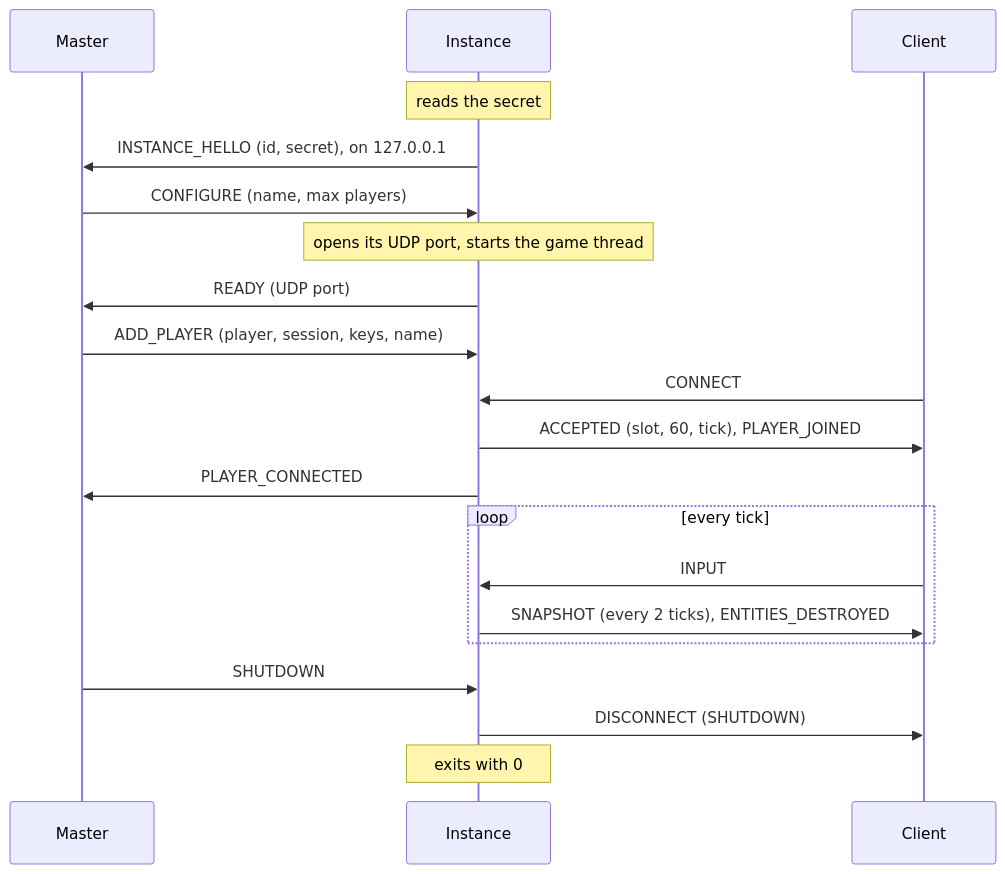
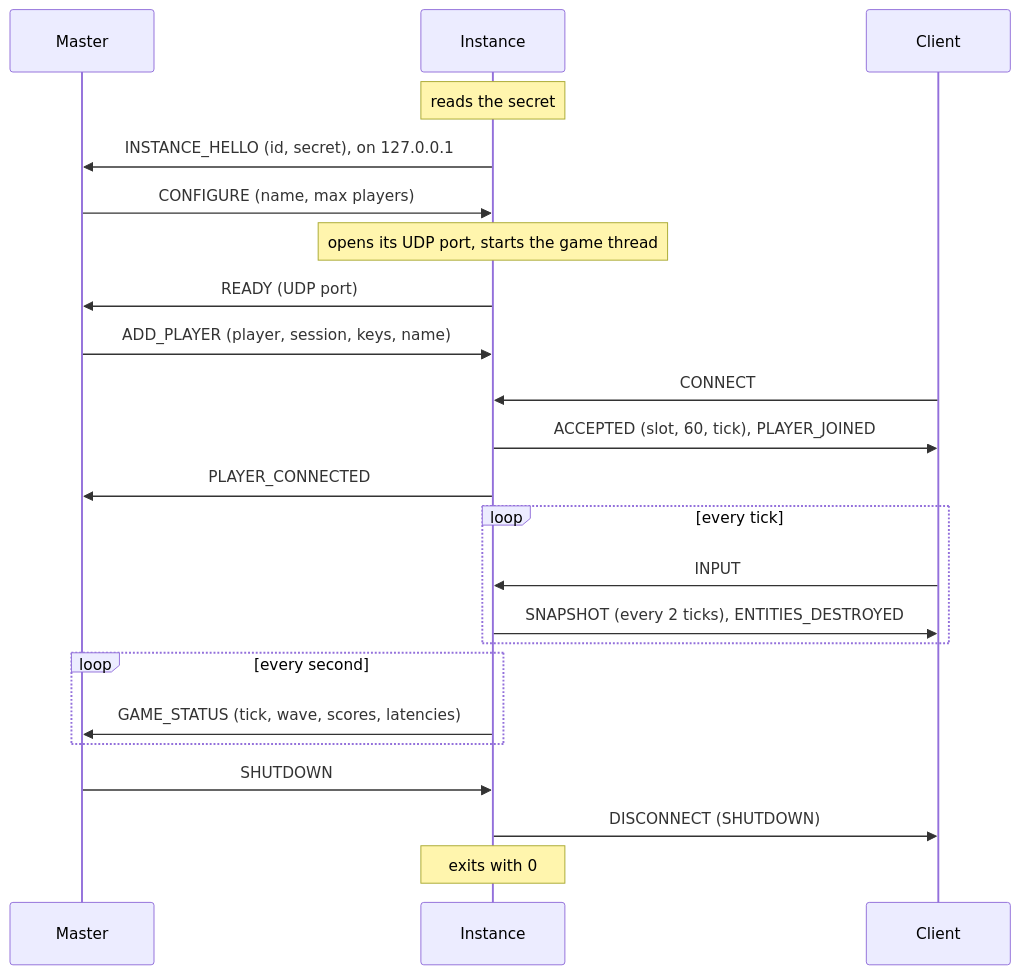
Before and after one commit to Akinator31/Rtype: the fourth of 6 diagrams in docs/architecture/server.md, drawn with Mermaid. The commit also changed other lines of this file, not shown here.

Commit message:
docs(architecture): the status of the games in the master and how an instance builds it

````diff
--- a/docs/architecture/server.md
+++ b/docs/architecture/server.md
@@ -301,22 +308,25 @@
 ```mermaid
 sequenceDiagram
     participant M as Master
     participant I as Instance
     participant C as Client
     Note over I: reads the secret
     I->>M: INSTANCE_HELLO (id, secret), on 127.0.0.1
     M->>I: CONFIGURE (name, max players)
     Note over I: opens its UDP port, starts the game thread
     I->>M: READY (UDP port)
     M->>I: ADD_PLAYER (player, session, keys, name)
     C->>I: CONNECT
     I->>C: ACCEPTED (slot, 60, tick), PLAYER_JOINED
     I->>M: PLAYER_CONNECTED
     loop every tick
         C->>I: INPUT
         I->>C: SNAPSHOT (every 2 ticks), ENTITIES_DESTROYED
     end
+    loop every second
+        I->>M: GAME_STATUS (tick, wave, scores, latencies)
+    end
     M->>I: SHUTDOWN
     I->>C: DISCONNECT (SHUTDOWN)
     Note over I: exits with 0
 ```
````
